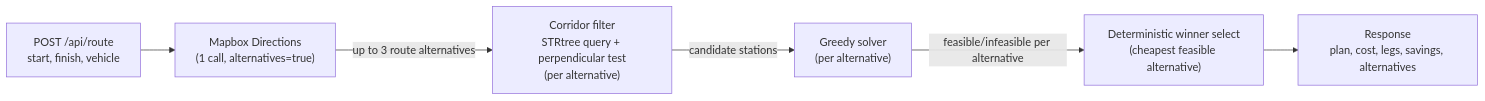
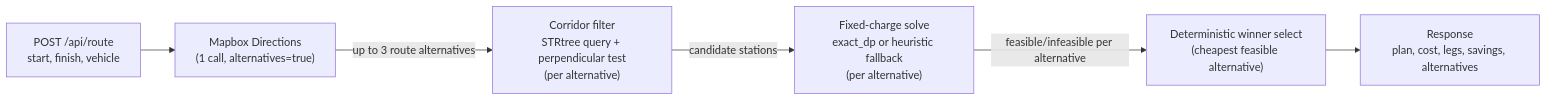
One commit to jadrianports/tankwise changed the diagram in docs/ALGORITHM.md. Above: the diagram before and after it, drawn with Mermaid. The commit also changed other lines of this file, not shown here.

First line of the commit message:
Rewrite the solver chapter for the fixed-charge dynamic program

````diff
--- a/docs/ALGORITHM.md
+++ b/docs/ALGORITHM.md
@@ -36,15 +40,15 @@
 ```mermaid
 flowchart LR
     Req["POST /api/route<br/>start, finish, vehicle"]
     Mapbox["Mapbox Directions<br/>(1 call, alternatives=true)"]
     Corridor["Corridor filter<br/>STRtree query + perpendicular test<br/>(per alternative)"]
-    Solver["Greedy solver<br/>(per alternative)"]
+    Solver["Fixed-charge solve<br/>exact_dp or heuristic fallback<br/>(per alternative)"]
     Winner["Deterministic winner select<br/>(cheapest feasible alternative)"]
     Resp["Response<br/>plan, cost, legs, savings, alternatives"]
 
     Req --> Mapbox
     Mapbox -- "up to 3 route alternatives" --> Corridor
     Corridor -- "candidate stations" --> Solver
     Solver -- "feasible/infeasible per alternative" --> Winner
     Winner --> Resp
 ```
````
